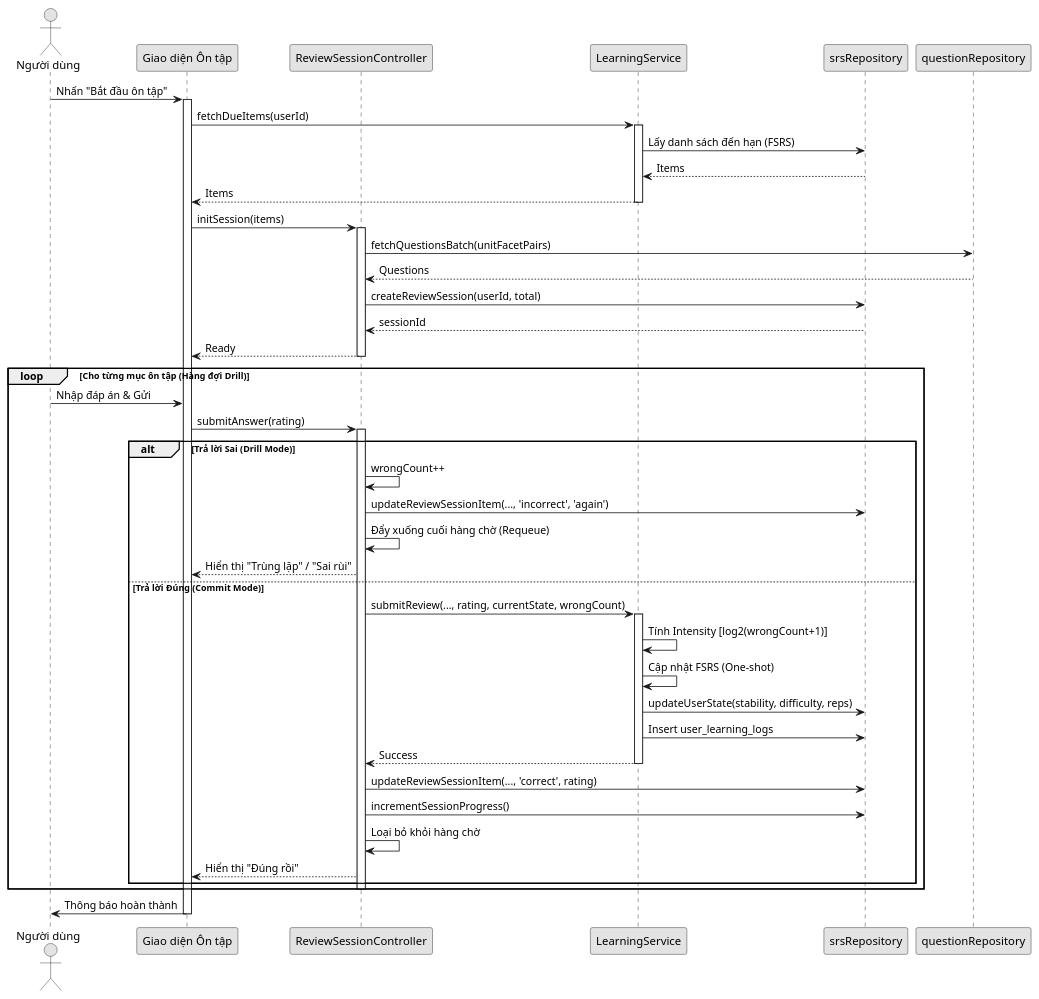
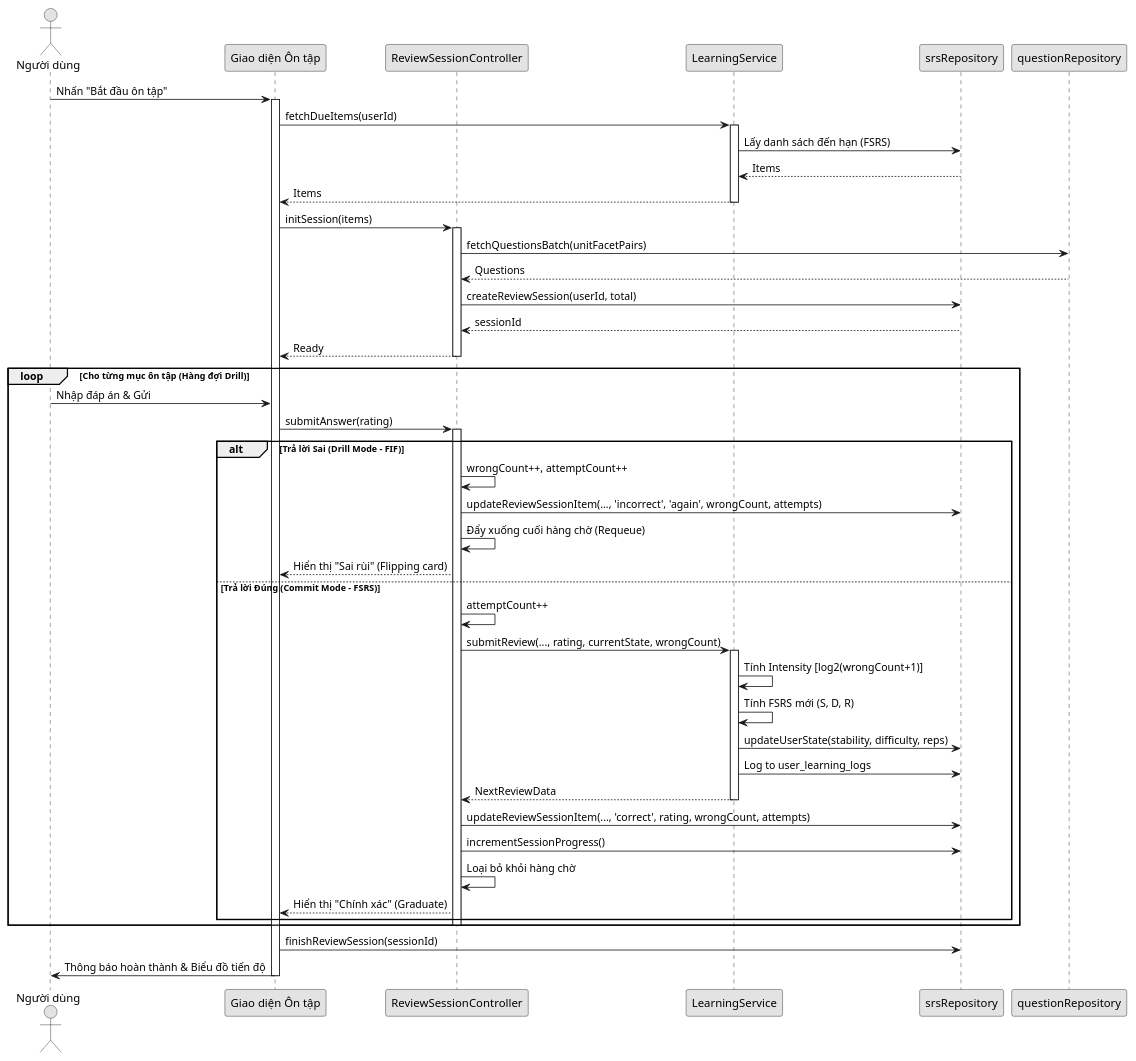
One commit to anhtranguyen-github/Hanachan changed the diagram in docs/uncertain/sequence/review_sequence.puml. Above: the diagram before and after it, drawn with PlantUML. The commit also changed 20 other files, not shown here.

```diff
--- a/docs/uncertain/sequence/review_sequence.puml
+++ b/docs/uncertain/sequence/review_sequence.puml
@@ -1,62 +1,64 @@
 @startuml Review Sequence
 skinparam monochrome true
 skinparam shadowing false
 skinparam defaultFontName "Segoe UI"
 
 actor "Người dùng" as User
 participant "Giao diện Ôn tập" as UI
 participant "ReviewSessionController" as Controller
 participant "LearningService" as Service
 participant "srsRepository" as SRSRepo
 participant "questionRepository" as QRepo
 
 User -> UI : Nhấn "Bắt đầu ôn tập"
 activate UI
 UI -> Service : fetchDueItems(userId)
 activate Service
 Service -> SRSRepo : Lấy danh sách đến hạn (FSRS)
 SRSRepo --> Service : Items
 Service --> UI : Items
 deactivate Service
 
 UI -> Controller : initSession(items)
 activate Controller
 Controller -> QRepo : fetchQuestionsBatch(unitFacetPairs)
 QRepo --> Controller : Questions
 Controller -> SRSRepo : createReviewSession(userId, total)
 SRSRepo --> Controller : sessionId
 Controller --> UI : Ready
 deactivate Controller
 
 loop Cho từng mục ôn tập (Hàng đợi Drill)
     User -> UI : Nhập đáp án & Gửi
     UI -> Controller : submitAnswer(rating)
     activate Controller
     
-    alt Trả lời Sai (Drill Mode)
-        Controller -> Controller : wrongCount++
-        Controller -> SRSRepo : updateReviewSessionItem(..., 'incorrect', 'again')
+    alt Trả lời Sai (Drill Mode - FIF)
+        Controller -> Controller : wrongCount++, attemptCount++
+        Controller -> SRSRepo : updateReviewSessionItem(..., 'incorrect', 'again', wrongCount, attempts)
         Controller -> Controller : Đẩy xuống cuối hàng chờ (Requeue)
-        Controller --> UI : Hiển thị "Trùng lặp" / "Sai rùi"
-    else Trả lời Đúng (Commit Mode)
+        Controller --> UI : Hiển thị "Sai rùi" (Flipping card)
+    else Trả lời Đúng (Commit Mode - FSRS)
+        Controller -> Controller : attemptCount++
         Controller -> Service : submitReview(..., rating, currentState, wrongCount)
         activate Service
         Service -> Service : Tính Intensity [log2(wrongCount+1)]
-        Service -> Service : Cập nhật FSRS (One-shot)
+        Service -> Service : Tính FSRS mới (S, D, R)
         Service -> SRSRepo : updateUserState(stability, difficulty, reps)
-        Service -> SRSRepo : Insert user_learning_logs
-        Service --> Controller : Success
+        Service -> SRSRepo : Log to user_learning_logs
+        Service --> Controller : NextReviewData
         deactivate Service
         
-        Controller -> SRSRepo : updateReviewSessionItem(..., 'correct', rating)
+        Controller -> SRSRepo : updateReviewSessionItem(..., 'correct', rating, wrongCount, attempts)
         Controller -> SRSRepo : incrementSessionProgress()
         Controller -> Controller : Loại bỏ khỏi hàng chờ
-        Controller --> UI : Hiển thị "Đúng rồi"
+        Controller --> UI : Hiển thị "Chính xác" (Graduate)
     end
     deactivate Controller
 end
 
-UI -> User : Thông báo hoàn thành
+UI -> SRSRepo : finishReviewSession(sessionId)
+UI -> User : Thông báo hoàn thành & Biểu đồ tiến độ
 deactivate UI
 
 @enduml
```
